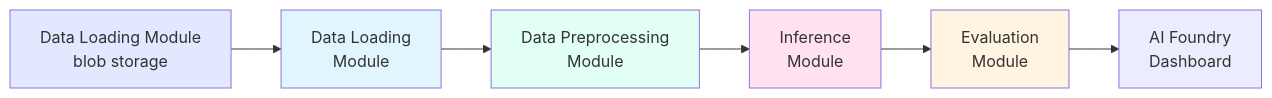
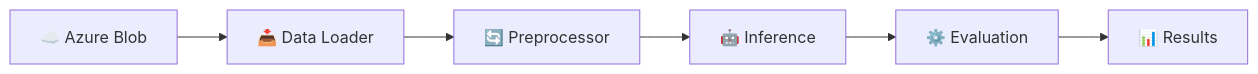
One commit to Azure-Samples/Agentic-Evaluations changed the fourth of 4 diagrams in README.md. Above: the diagram before and after it, drawn with Mermaid. The commit also changed other lines of this file and 13 other files, not shown here.

````diff
--- a/README.md
+++ b/README.md
@@ -115,16 +237,8 @@
 ```mermaid
-graph LR
-    A[Data Loading Module <br/> blob storage] --> B[Data Loading<br/>Module]
-    B --> C[Data Preprocessing<br/> Module]
-    C --> D[Inference<br/>Module]
-    D --> E[Evaluation<br/>Module]
-    E --> F[AI Foundry<br/>Dashboard]
-    
-    style A fill:#e1e8ff
-    style B fill:#e1f5ff
-    style C fill:#e1fff5
-    style D fill:#ffe1f0
-    style E fill:#fff4e1
-    style F fill:#fff4e
-
+flowchart LR
+    A[☁️ Azure Blob] --> B[📥 Data Loader]
+    B --> C[🔄 Preprocessor]
+    C --> D[🤖 Inference]
+    D --> E[⚙️ Evaluation]
+    E --> F[📊 Results]
 ```
````
